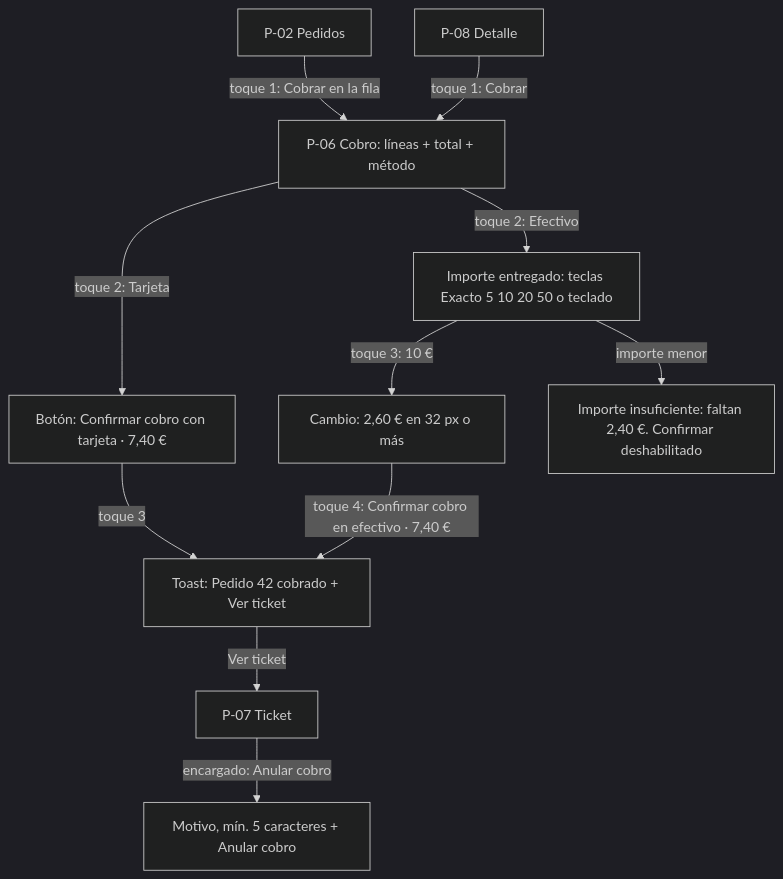
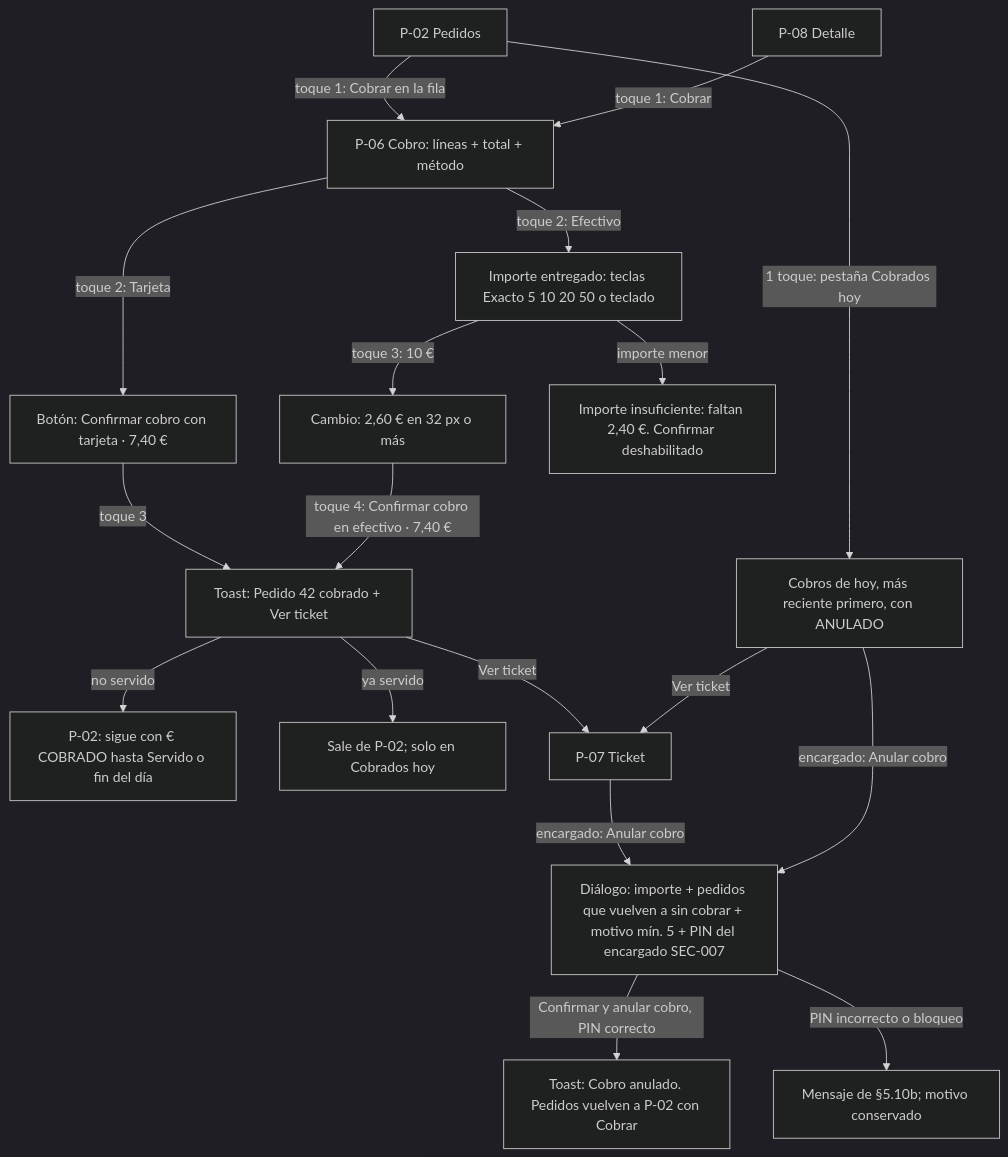
The sixth of 7 diagrams in docs/ux/flujos.md (Pablo592/testing-ia), drawn with Mermaid (dark theme) before and after one commit. The commit also changed other lines of this file and 8 other files, not shown here.

Commit message:
E1 ux-designer: wireframes actualizados con cambios del PO (1.1c), SEC-007 y bloqueos

````diff
--- a/docs/ux/flujos.md
+++ b/docs/ux/flujos.md
@@ -170,13 +189,20 @@
 ```mermaid
 flowchart TD
   P[P-02 Pedidos] -->|toque 1: Cobrar en la fila| C[P-06 Cobro: líneas + total + método]
   D[P-08 Detalle] -->|toque 1: Cobrar| C
   C -->|toque 2: Tarjeta| CT[Botón: Confirmar cobro con tarjeta · 7,40 €]
   CT -->|toque 3| OK[Toast: Pedido 42 cobrado + Ver ticket]
   C -->|toque 2: Efectivo| CE[Importe entregado: teclas Exacto 5 10 20 50 o teclado]
   CE -->|toque 3: 10 €| CA[Cambio: 2,60 € en 32 px o más]
   CA -->|toque 4: Confirmar cobro en efectivo · 7,40 €| OK
   CE -->|importe menor| IN[Importe insuficiente: faltan 2,40 €. Confirmar deshabilitado]
+  OK -->|no servido| PA[P-02: sigue con € COBRADO hasta Servido o fin del día]
+  OK -->|ya servido| PB[Sale de P-02; solo en Cobrados hoy]
   OK -->|Ver ticket| TK[P-07 Ticket]
-  TK -->|encargado: Anular cobro| AN[Motivo, mín. 5 caracteres + Anular cobro]
+  P -->|1 toque: pestaña Cobrados hoy| CH[Cobros de hoy, más reciente primero, con ANULADO]
+  CH -->|Ver ticket| TK
+  TK -->|encargado: Anular cobro| AN[Diálogo: importe + pedidos que vuelven a sin cobrar + motivo mín. 5 + PIN del encargado SEC-007]
+  CH -->|encargado: Anular cobro| AN
+  AN -->|Confirmar y anular cobro, PIN correcto| AV[Toast: Cobro anulado. Pedidos vuelven a P-02 con Cobrar]
+  AN -->|PIN incorrecto o bloqueo| AE[Mensaje de §5.10b; motivo conservado]
 ```
````
